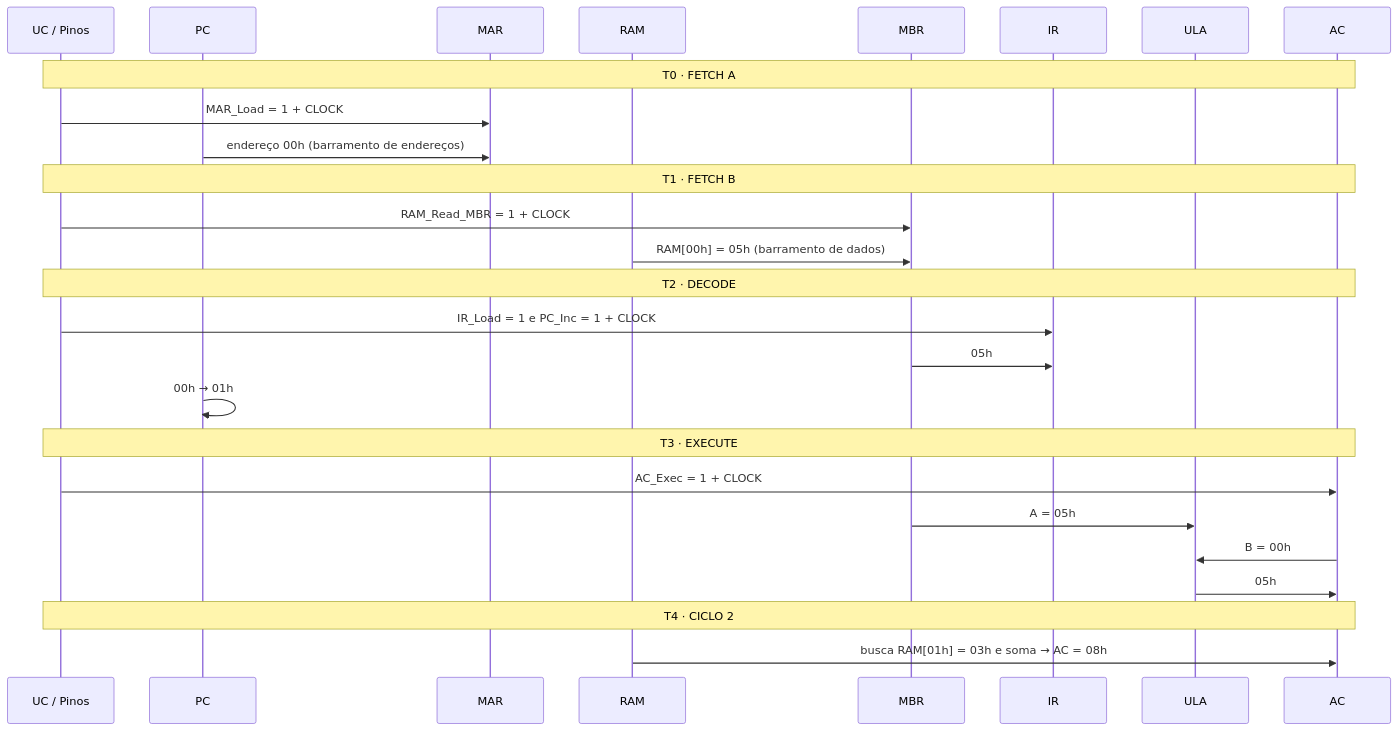
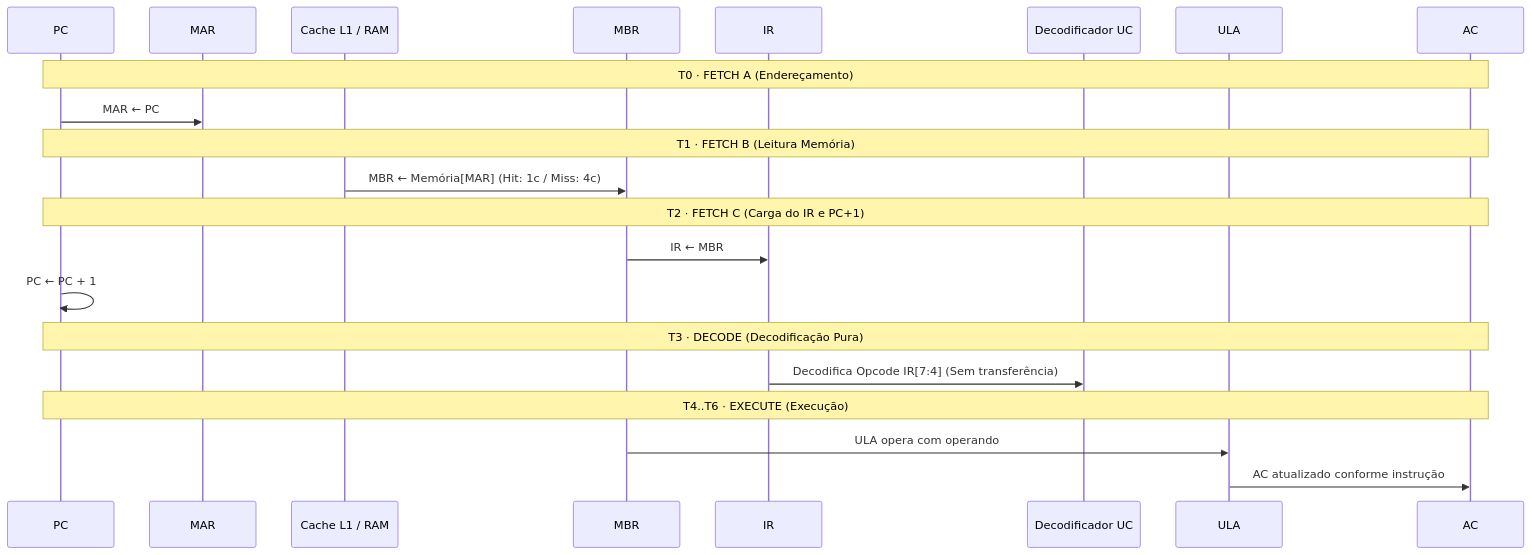
The second of 2 diagrams in docs/SIMULADOR.md (joaopedro-chaves/simulacao_analise_arquitetura_interna_computador_projeto_UniFECAF), drawn with Mermaid before and after one commit. The commit also changed other lines of this file and 8 other files, not shown here.

Commit message:
docs: synchronize theoretical report, architecture diagram and simulator documentation

````diff
--- a/docs/SIMULADOR.md
+++ b/docs/SIMULADOR.md
@@ -183,29 +194,24 @@
 ```mermaid
 sequenceDiagram
-    participant UC as UC / Pinos
     participant PC
     participant MAR
-    participant RAM
+    participant Cache as Cache L1 / RAM
     participant MBR
     participant IR
+    participant UC as Decodificador UC
     participant ULA
     participant AC
 
-    Note over UC,AC: T0 · FETCH A
-    UC->>MAR: MAR_Load = 1 + CLOCK
-    PC->>MAR: endereço 00h (barramento de endereços)
-    Note over UC,AC: T1 · FETCH B
-    UC->>MBR: RAM_Read_MBR = 1 + CLOCK
-    RAM->>MBR: RAM[00h] = 05h (barramento de dados)
-    Note over UC,AC: T2 · DECODE
-    UC->>IR: IR_Load = 1 e PC_Inc = 1 + CLOCK
-    MBR->>IR: 05h
-    PC->>PC: 00h → 01h
-    Note over UC,AC: T3 · EXECUTE
-    UC->>AC: AC_Exec = 1 + CLOCK
-    MBR->>ULA: A = 05h
-    AC->>ULA: B = 00h
-    ULA->>AC: 05h
-    Note over UC,AC: T4 · CICLO 2
-    RAM->>AC: busca RAM[01h] = 03h e soma → AC = 08h
+    Note over PC,AC: T0 · FETCH A (Endereçamento)
+    PC->>MAR: MAR ← PC
+    Note over PC,AC: T1 · FETCH B (Leitura Memória)
+    Cache->>MBR: MBR ← Memória[MAR] (Hit: 1c / Miss: 4c)
+    Note over PC,AC: T2 · FETCH C (Carga do IR e PC+1)
+    MBR->>IR: IR ← MBR
+    PC->>PC: PC ← PC + 1
+    Note over PC,AC: T3 · DECODE (Decodificação Pura)
+    IR->>UC: Decodifica Opcode IR[7:4] (Sem transferência)
+    Note over PC,AC: T4..T6 · EXECUTE (Execução)
+    MBR->>ULA: ULA opera com operando
+    ULA->>AC: AC atualizado conforme instrução
 ```
````
